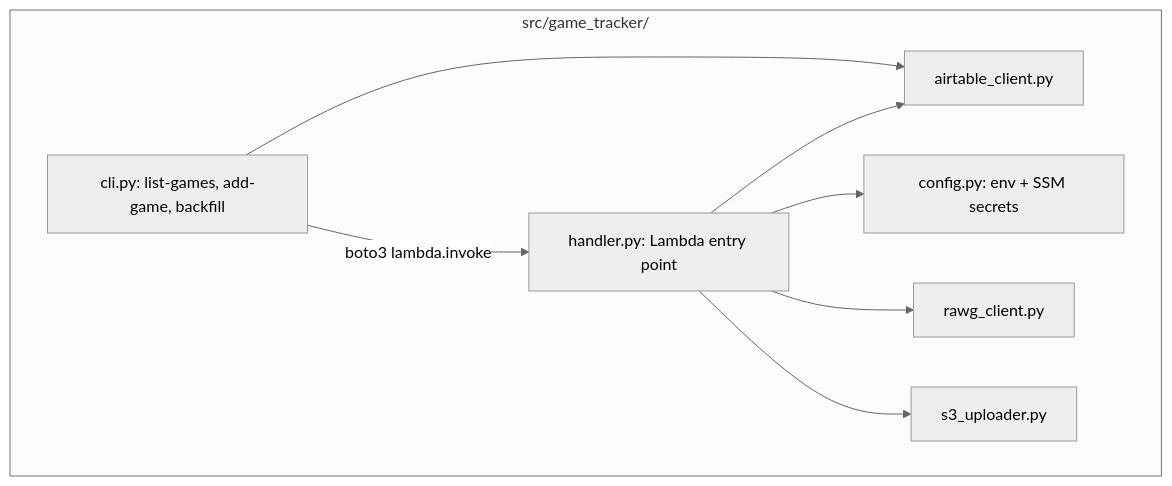
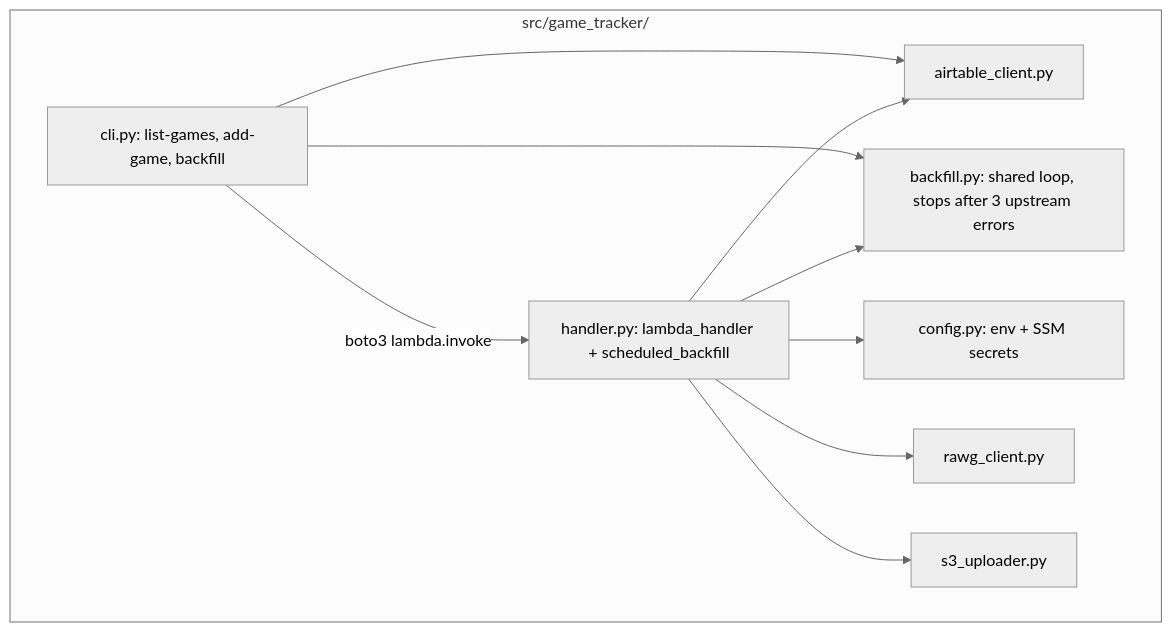
Before and after one commit to gratiosoft/learning-projects: the second of 5 diagrams in game-collection-tracker/docs/architecture.md, drawn with Mermaid (neutral theme). The commit also changed other lines of this file and 7 other files, not shown here.

Commit message:
docs(game-collection-tracker): add ADR 0008 and document scheduled backfill

````diff
--- a/game-collection-tracker/docs/architecture.md
+++ b/game-collection-tracker/docs/architecture.md
@@ -40,17 +42,20 @@
 ```mermaid
 flowchart TB
     subgraph pkg["src/game_tracker/"]
       cli[cli.py: list-games, add-game, backfill]
-      handler[handler.py: Lambda entry point]
+      handler[handler.py: lambda_handler + scheduled_backfill]
+      bf[backfill.py: shared loop, stops after 3 upstream errors]
       config[config.py: env + SSM secrets]
       at[airtable_client.py]
       rawgc[rawg_client.py]
       up[s3_uploader.py]
     end
     cli --> at
     cli -->|boto3 lambda.invoke| handler
+    cli --> bf
+    handler --> bf
     handler --> config
     handler --> at
     handler --> rawgc
     handler --> up
 ```
````
